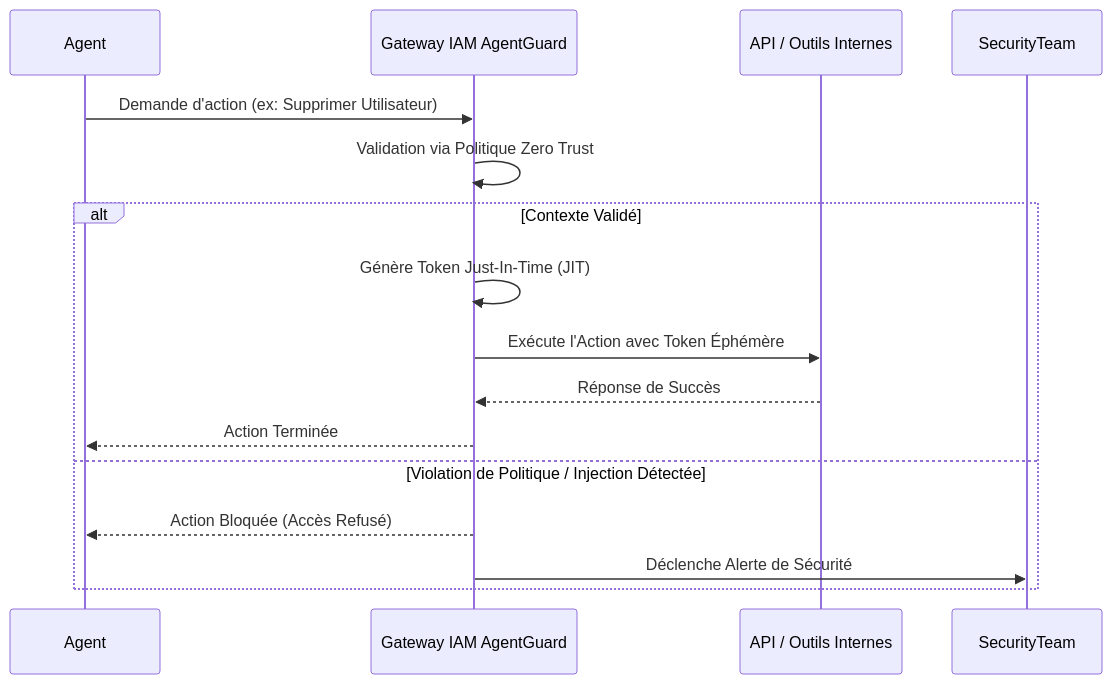
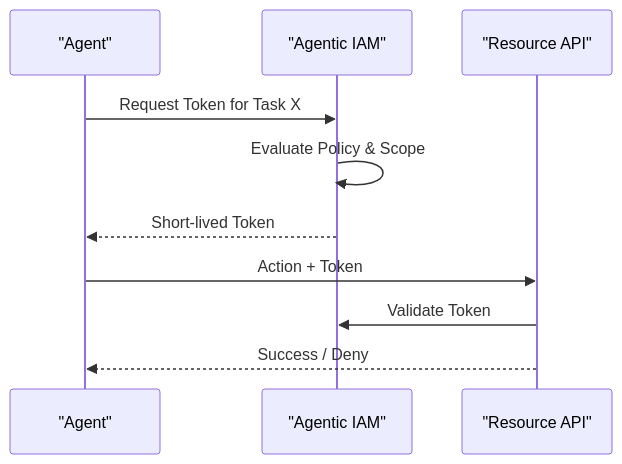
One commit to flouzzy/top-100-ai-startup-ideas changed the second of 2 diagrams in ideas/agentic-iam/README.fr.md. Above: the diagram before and after it, drawn with Mermaid. The commit also changed other lines of this file and 41 other files, not shown here.

````diff
--- a/ideas/agentic-iam/README.fr.md
+++ b/ideas/agentic-iam/README.fr.md
@@ -39,17 +41,12 @@
 ```mermaid
 sequenceDiagram
-    participant Agent
-    participant Gateway as Gateway IAM AgentGuard
-    participant Tools as API / Outils Internes
-    Agent->>Gateway: Demande d'action (ex: Supprimer Utilisateur)
-    Gateway->>Gateway: Validation via Politique Zero Trust
-    alt Contexte Validé
-        Gateway->>Gateway: Génère Token Just-In-Time (JIT)
-        Gateway->>Tools: Exécute l'Action avec Token Éphémère
-        Tools-->>Gateway: Réponse de Succès
-        Gateway-->>Agent: Action Terminée
-    else Violation de Politique / Injection Détectée
-        Gateway-->>Agent: Action Bloquée (Accès Refusé)
-        Gateway->>SecurityTeam: Déclenche Alerte de Sécurité
-    end
+    participant Ag as "Agent"
+    participant IAM as "Agentic IAM"
+    participant Res as "Resource API"
+    Ag->>IAM: Request Token for Task X
+    IAM->>IAM: Evaluate Policy & Scope
+    IAM-->>Ag: Short-lived Token
+    Ag->>Res: Action + Token
+    Res->>IAM: Validate Token
+    Res-->>Ag: Success / Deny
 ```
````
